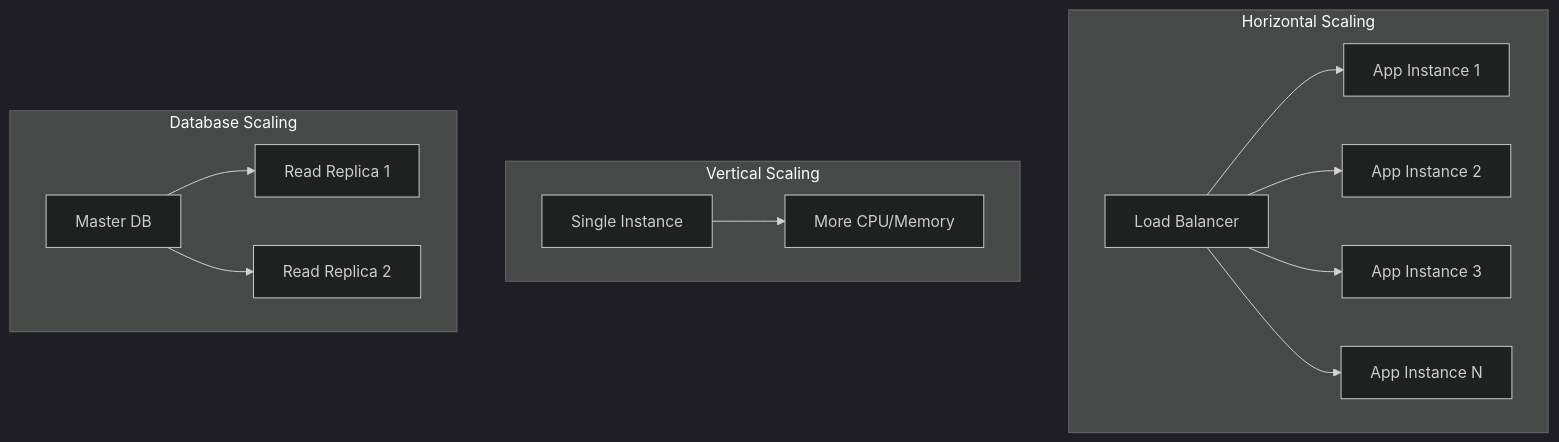
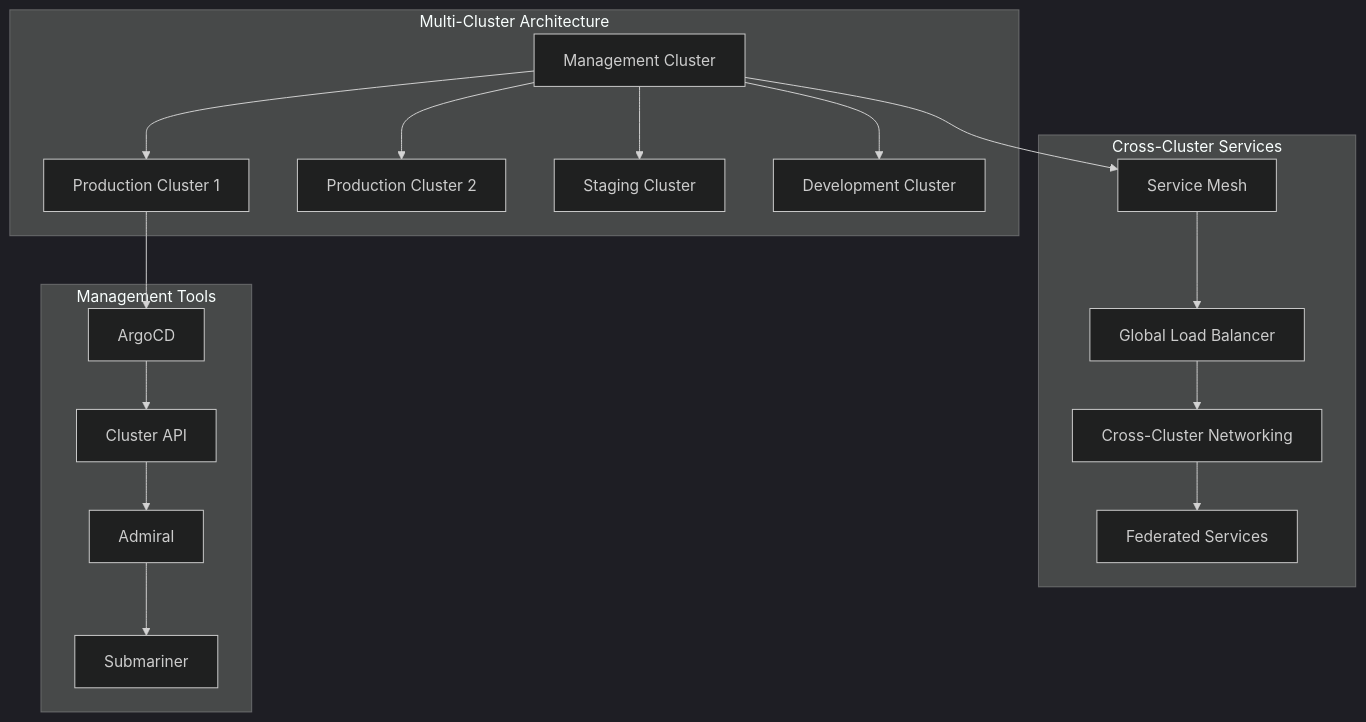
Before and after one commit to niceguy61/kdt_devops_lecture_2025: the diagram in week_02/day_04/session_06.md, drawn with Mermaid (dark theme). The commit also changed other lines of this file and 41 other files, not shown here.

````diff
--- a/week_02/day_04/session_06.md
+++ b/week_02/day_04/session_06.md
@@ -15,18 +15,24 @@
 ```mermaid
 graph TB
-    subgraph "Horizontal Scaling"
-        A[Load Balancer] --> B[App Instance 1]
-        A --> C[App Instance 2]
-        A --> D[App Instance 3]
-        A --> E[App Instance N]
+    subgraph "Multi-Cluster Architecture"
+        A[Management Cluster] --> B[Production Cluster 1]
+        A --> C[Production Cluster 2]
+        A --> D[Staging Cluster]
+        A --> E[Development Cluster]
     end
     
-    subgraph "Vertical Scaling"
-        F[Single Instance] --> G[More CPU/Memory]
+    subgraph "Cross-Cluster Services"
+        F[Service Mesh] --> G[Global Load Balancer]
+        G --> H[Cross-Cluster Networking]
+        H --> I[Federated Services]
     end
     
-    subgraph "Database Scaling"
-        H[Master DB] --> I[Read Replica 1]
-        H --> J[Read Replica 2]
+    subgraph "Management Tools"
+        J[ArgoCD] --> K[Cluster API]
+        K --> L[Admiral]
+        L --> M[Submariner]
     end
+    
+    A --> F
+    B --> J
 ```
````
